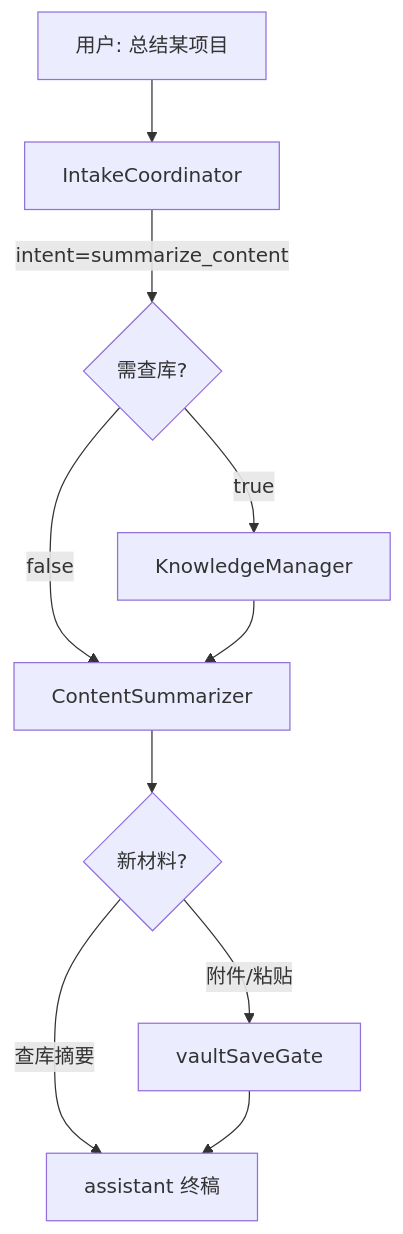
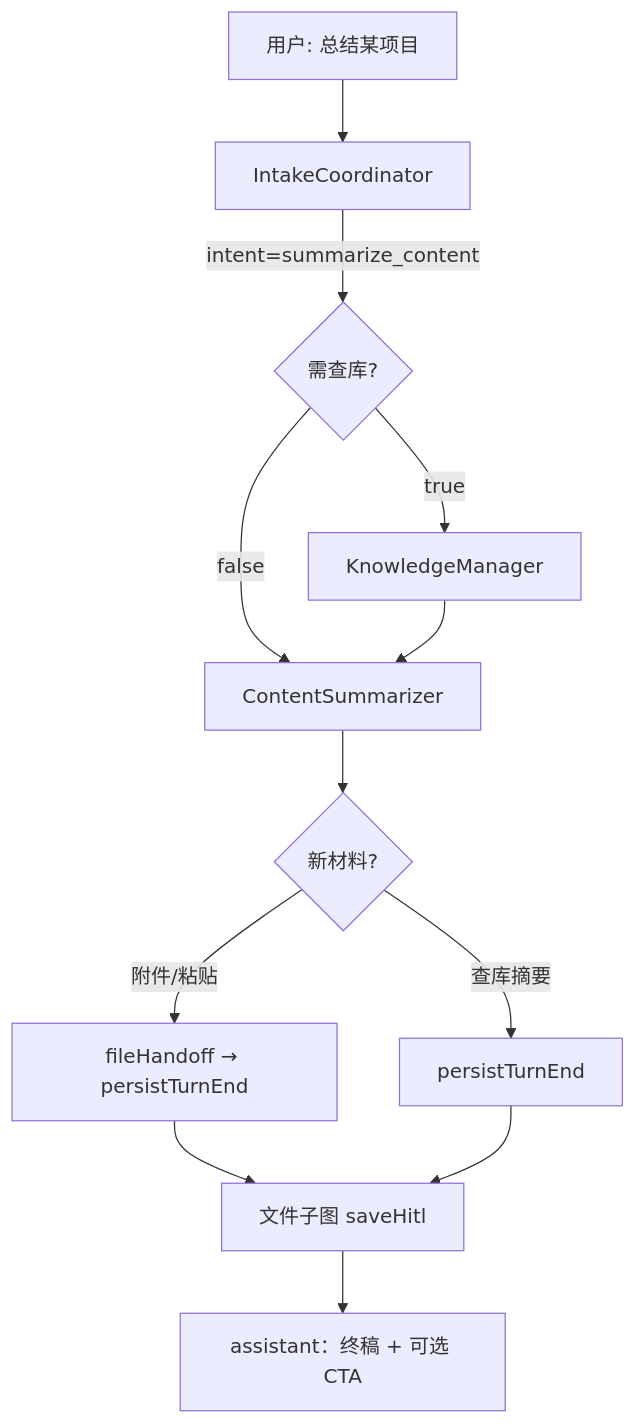
Before and after one commit to panzhanfei/agent: diagram 11 of 12 in docs/02-agent-flows.md, drawn with Mermaid. The commit also changed other lines of this file and 111 other files, not shown here.

First line of the commit message:
文件 HITL 改成主图结束后的平级子线（sideline/file + FileJob）

````diff
--- a/docs/02-agent-flows.md
+++ b/docs/02-agent-flows.md
@@ -537,12 +547,14 @@
 ```mermaid
 flowchart TD
   U[用户: 总结某项目] --> IC[IntakeCoordinator]
   IC -->|intent=summarize_content| R{需查库?}
   R -->|true| KM[KnowledgeManager]
   R -->|false| CS[ContentSummarizer]
   KM --> CS
   CS --> GATE{新材料?}
-  GATE -->|附件/粘贴| VSG[vaultSaveGate]
-  GATE -->|查库摘要| OUT[assistant 终稿]
-  VSG --> OUT
+  GATE -->|附件/粘贴| FH[fileHandoff → persistTurnEnd]
+  GATE -->|查库摘要| PST[persistTurnEnd]
+  FH --> RT[文件子图 saveHitl]
+  PST --> RT
+  RT --> OUT[assistant：终稿 + 可选 CTA]
 ```
````
